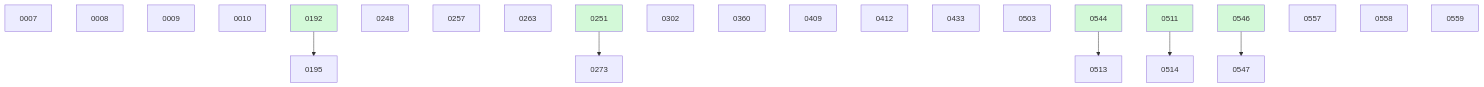
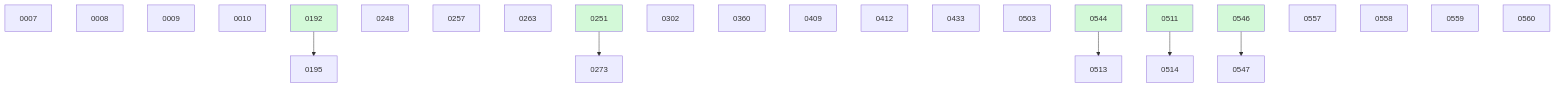
The diagram in docs/changes/BOARD.md (danielhanold/docket), drawn with Mermaid before and after one commit. The commit also changed other lines of this file and 1 other file, not shown here.

````diff
--- a/docs/changes/BOARD.md
+++ b/docs/changes/BOARD.md
@@ -36,30 +37,31 @@
 ```mermaid
 graph TD
   0007
   0008
   0009
   0010
   0192 --> 0195
   0248
   0257
   0263
   0251 --> 0273
   0302
   0360
   0409
   0412
   0433
   0503
   0544 --> 0513
   0511 --> 0514
   0546 --> 0547
   0557
   0558
   0559
+  0560
   0192:::done
   0251:::done
   0511:::done
   0544:::done
   0546:::done
   classDef done fill:#d3f9d8;
 ```
````
